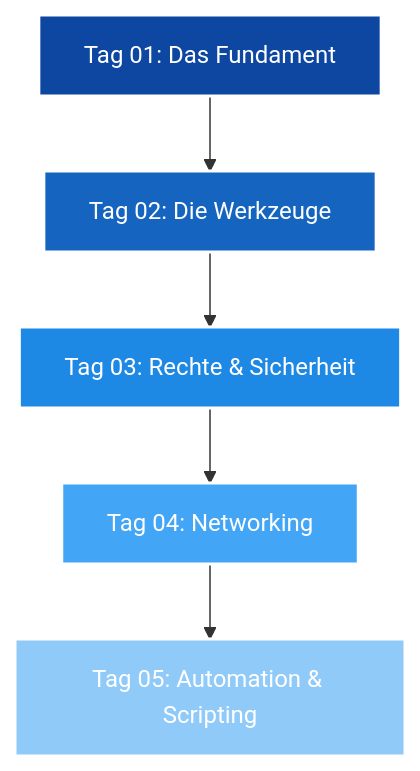
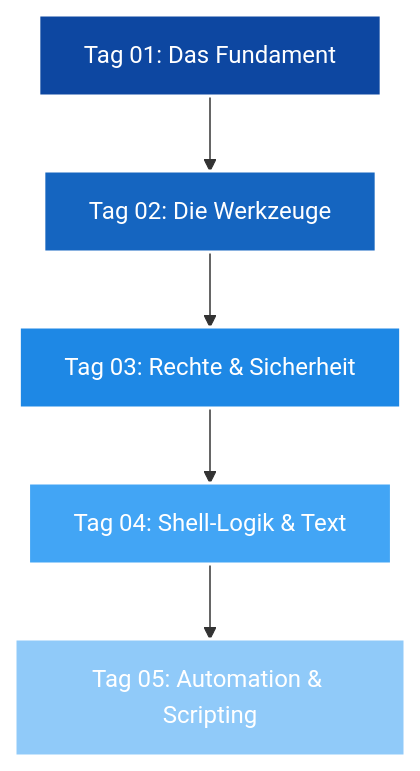
One commit to IT-W1zard/NOTES changed the diagram in README.md. Above: the diagram before and after it, drawn with Mermaid. The commit also changed other lines of this file and 1 other file, not shown here.

````diff
--- a/README.md
+++ b/README.md
@@ -11,13 +11,13 @@
 ```mermaid
 graph TD
     A[Tag 01: Das Fundament] --> B[Tag 02: Die Werkzeuge]
     B --> C[Tag 03: Rechte & Sicherheit]
-    C --> D[Tag 04: Networking]
+    C --> D[Tag 04: Shell-Logik & Text]
     D --> E[Tag 05: Automation & Scripting]
     
     style A fill:#0d47a1,stroke:#fff,stroke-width:2px,color:#fff
     style B fill:#1565c0,stroke:#fff,stroke-width:2px,color:#fff
     style C fill:#1e88e5,stroke:#fff,stroke-width:2px,color:#fff
     style D fill:#42a5f5,stroke:#fff,stroke-width:2px,color:#fff
     style E fill:#90caf9,stroke:#fff,stroke-width:2px,color:#fff
 ```
````
